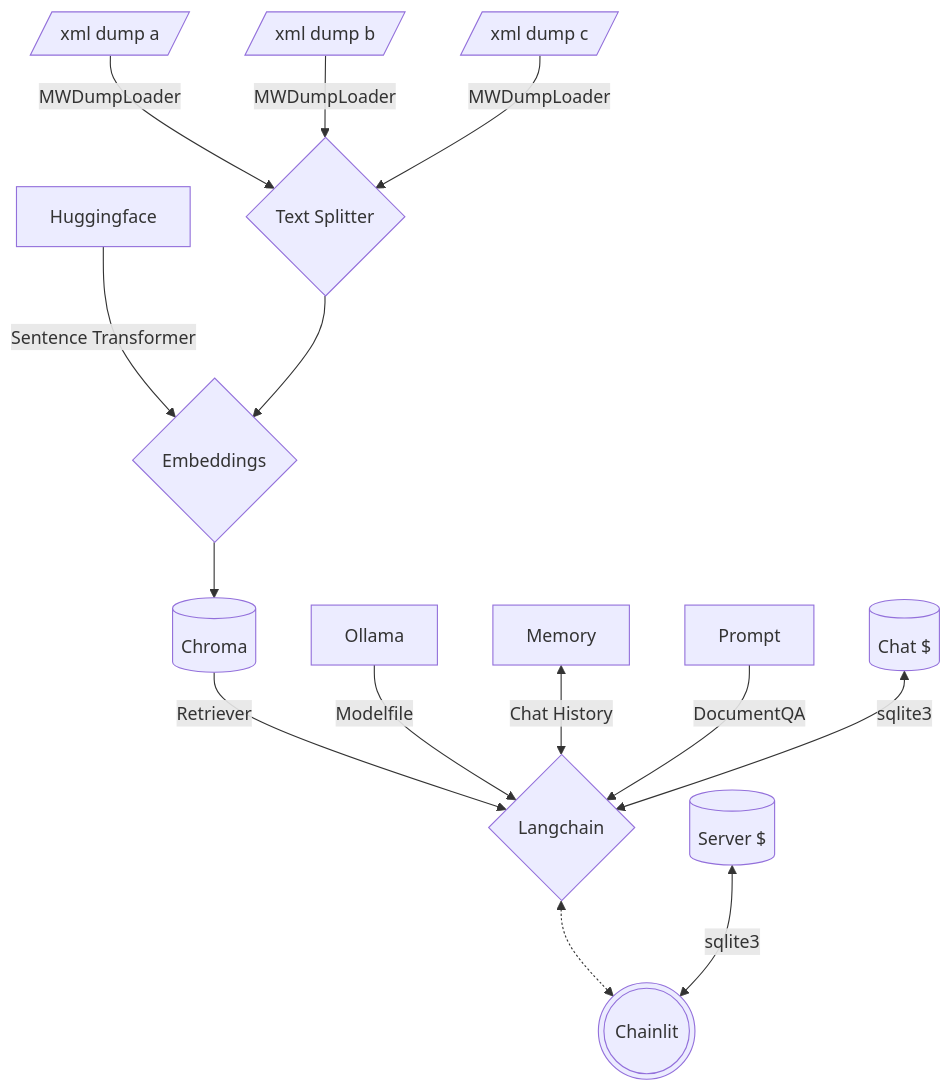
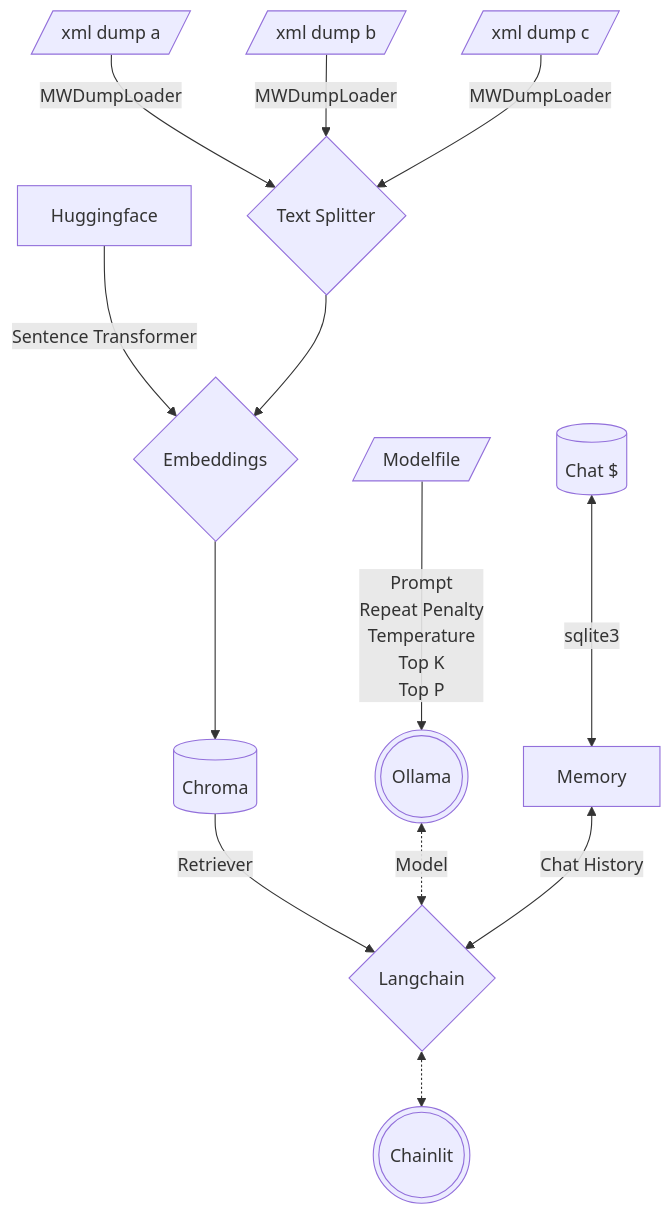
The diagram in README.md (tylertitsworth/multi-mediawiki-rag), drawn with Mermaid before and after one commit. The commit also changed other lines of this file, not shown here.

Commit message:
correct architecture diagram

````diff
--- a/README.md
+++ b/README.md
@@ -37,22 +37,21 @@
 ```mermaid
 graph TD;
     Huggingface --Sentence Transformer --> emb
     a[/xml dump a/] --MWDumpLoader--> ts
     b[/xml dump b/] --MWDumpLoader--> ts
     c[/xml dump c/] --MWDumpLoader--> ts
     ts{Text Splitter} --> emb{Embeddings} --> db
     db[(Chroma)] --Retriever--> lc
-    Ollama --Modelfile--> lc
+    modelfile[/Modelfile/] --Prompt\nRepeat Penalty\nTemperature\nTop K\nTop P--> Ollama
+    Ollama(((Ollama))) <-.Model.-> lc
     Memory <--Chat History--> lc
-    Prompt --DocumentQA--> lc
     lc{Langchain} <-.-> cl(((Chainlit)))
-    cache1[(Chat $)] <--sqlite3--> lc
-    cache2[(Server $)] <--sqlite3--> cl
+    cache1[(Chat $)] <--sqlite3--> Memory
     click db href "https://github.com/chroma-core/chroma"
     click Huggingface href "https://huggingface.co/"
     click cl href "https://github.com/Chainlit/chainlit"
     click lc href "https://github.com/langchain-ai/langchain"
     click Ollama href "https://github.com/jmorganca/ollama"
     click cache1 href "https://www.sqlite.org/index.html"
     click cache2 href "https://www.sqlite.org/index.html"
 ```
````
